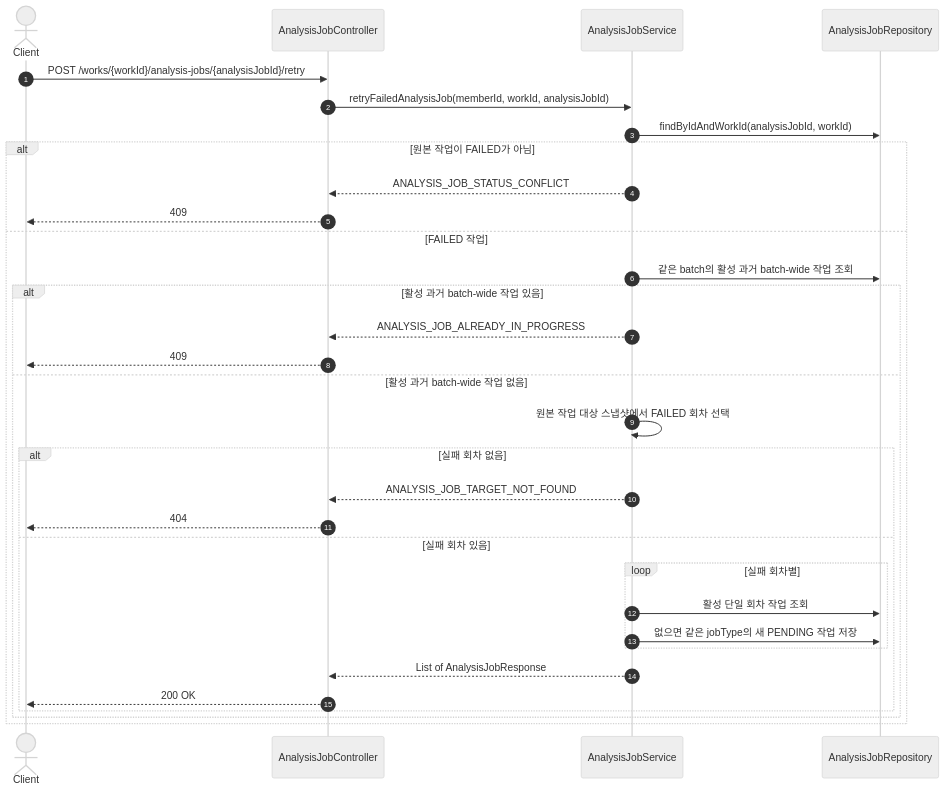
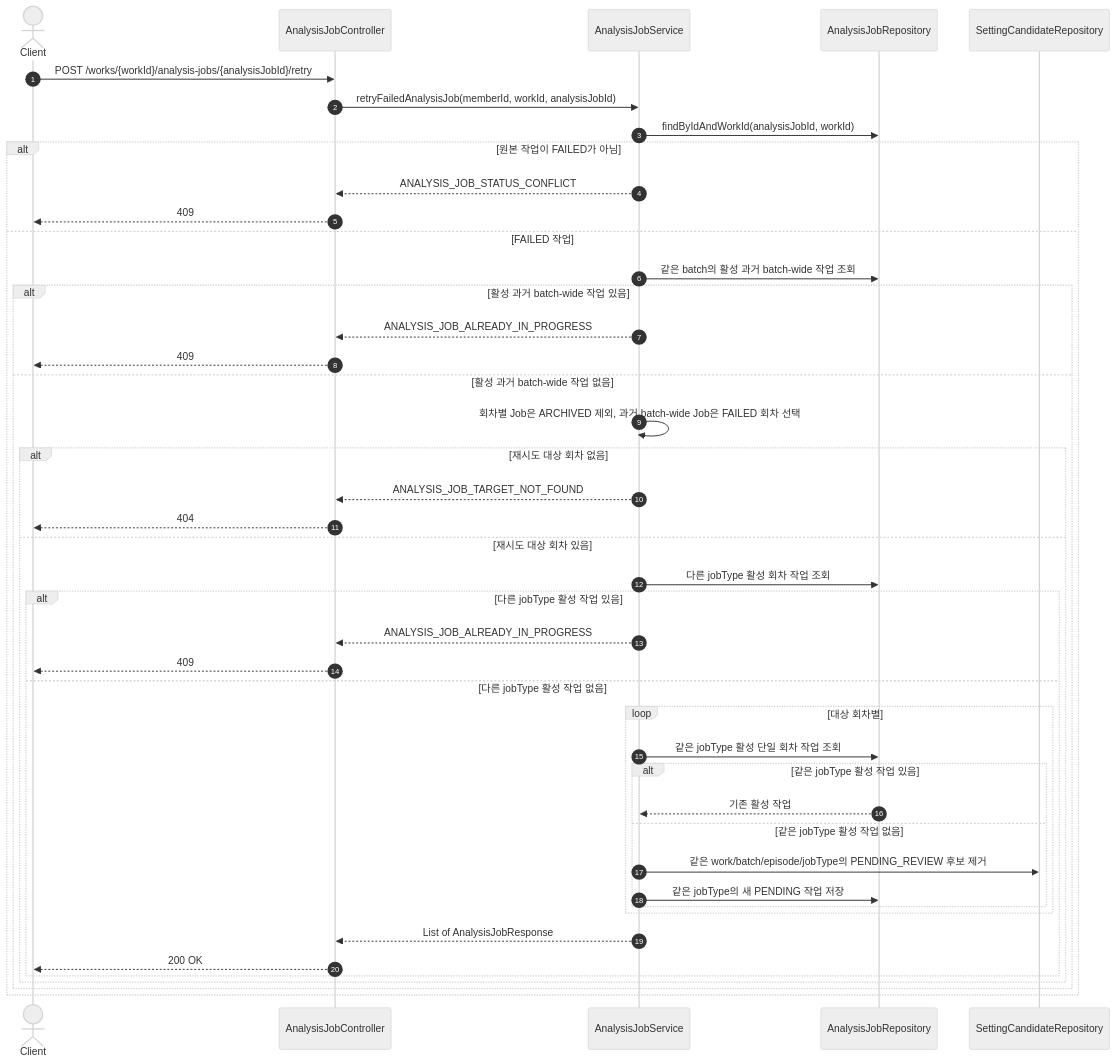
One commit to catchhole-soma/catchhole-backend-java changed the seventh of 11 diagrams in docs/analysis-workflow.md. Above: the diagram before and after it, drawn with Mermaid (neutral theme). The commit also changed other lines of this file and 9 other files, not shown here.

````diff
--- a/docs/analysis-workflow.md
+++ b/docs/analysis-workflow.md
@@ -222,35 +224,47 @@
 ```mermaid
 sequenceDiagram
     autonumber
     actor Client
     participant Controller as AnalysisJobController
     participant Service as AnalysisJobService
     participant JobRepo as AnalysisJobRepository
+    participant CandidateRepo as SettingCandidateRepository
 
     Client->>Controller: POST /works/{workId}/analysis-jobs/{analysisJobId}/retry
     Controller->>Service: retryFailedAnalysisJob(memberId, workId, analysisJobId)
     Service->>JobRepo: findByIdAndWorkId(analysisJobId, workId)
     alt 원본 작업이 FAILED가 아님
         Service-->>Controller: ANALYSIS_JOB_STATUS_CONFLICT
         Controller-->>Client: 409
     else FAILED 작업
         Service->>JobRepo: 같은 batch의 활성 과거 batch-wide 작업 조회
         alt 활성 과거 batch-wide 작업 있음
             Service-->>Controller: ANALYSIS_JOB_ALREADY_IN_PROGRESS
             Controller-->>Client: 409
         else 활성 과거 batch-wide 작업 없음
-            Service->>Service: 원본 작업 대상 스냅샷에서 FAILED 회차 선택
-            alt 실패 회차 없음
+            Service->>Service: 회차별 Job은 ARCHIVED 제외, 과거 batch-wide Job은 FAILED 회차 선택
+            alt 재시도 대상 회차 없음
                 Service-->>Controller: ANALYSIS_JOB_TARGET_NOT_FOUND
                 Controller-->>Client: 404
-            else 실패 회차 있음
-                loop 실패 회차별
-                    Service->>JobRepo: 활성 단일 회차 작업 조회
-                    Service->>JobRepo: 없으면 같은 jobType의 새 PENDING 작업 저장
+            else 재시도 대상 회차 있음
+                Service->>JobRepo: 다른 jobType 활성 회차 작업 조회
+                alt 다른 jobType 활성 작업 있음
+                    Service-->>Controller: ANALYSIS_JOB_ALREADY_IN_PROGRESS
+                    Controller-->>Client: 409
+                else 다른 jobType 활성 작업 없음
+                    loop 대상 회차별
+                        Service->>JobRepo: 같은 jobType 활성 단일 회차 작업 조회
+                        alt 같은 jobType 활성 작업 있음
+                            JobRepo-->>Service: 기존 활성 작업
+                        else 같은 jobType 활성 작업 없음
+                            Service->>CandidateRepo: 같은 work/batch/episode/jobType의 PENDING_REVIEW 후보 제거
+                            Service->>JobRepo: 같은 jobType의 새 PENDING 작업 저장
+                        end
+                    end
+                    Service-->>Controller: List of AnalysisJobResponse
+                    Controller-->>Client: 200 OK
                 end
-                Service-->>Controller: List of AnalysisJobResponse
-                Controller-->>Client: 200 OK
             end
         end
     end
 ```
````
